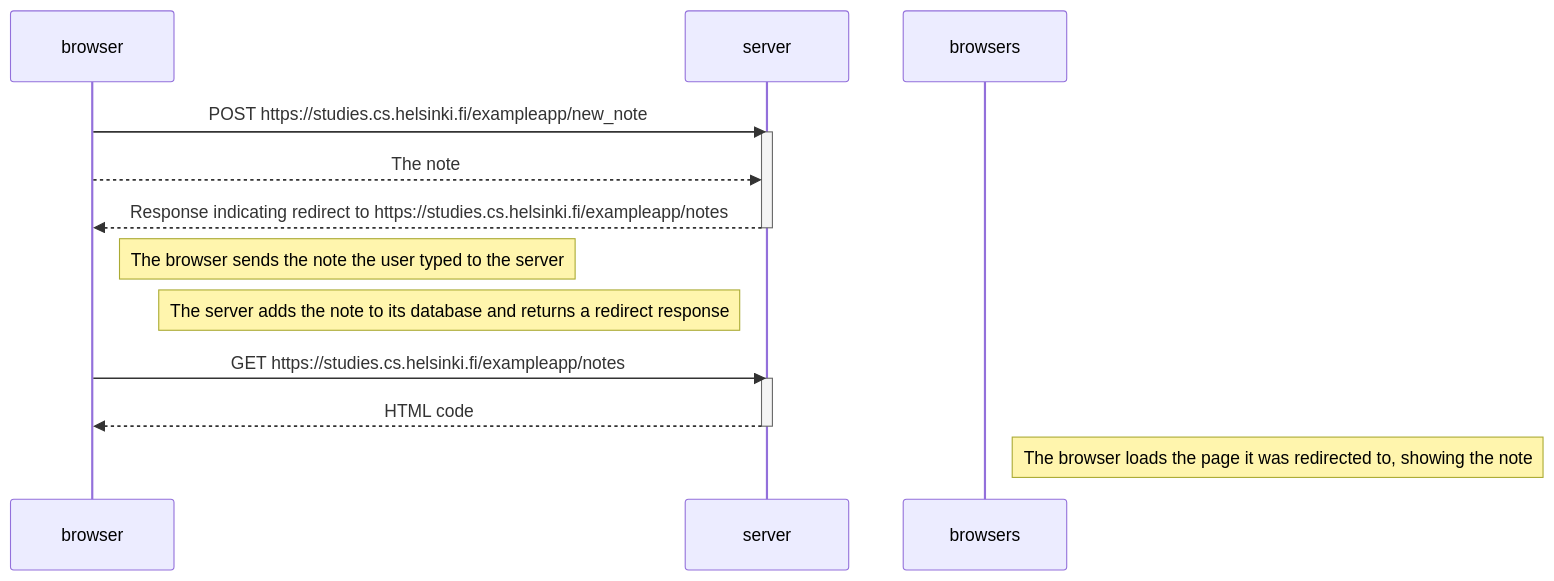
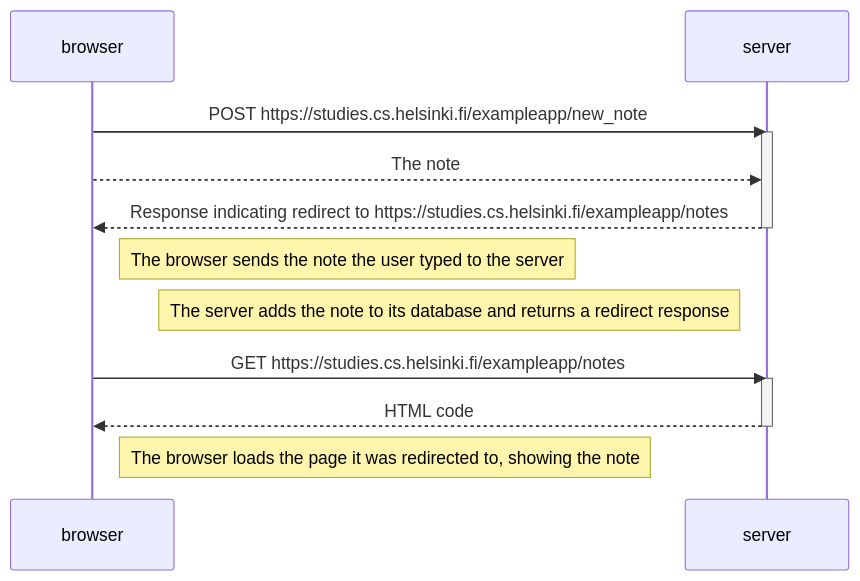
One commit to afokou/fullstack-3 changed the diagram in part0/04/diagram.md. Above: the diagram before and after it, drawn with Mermaid.

Commit message:
Fix typo in diagram

````diff
--- a/part0/04/diagram.md
+++ b/part0/04/diagram.md
@@ -3,21 +3,21 @@
 ```mermaid
 sequenceDiagram
 participant browser
 participant server
 
     browser->>server: POST https://studies.cs.helsinki.fi/exampleapp/new_note
     activate server
     browser-->>server: The note
     server-->>browser: Response indicating redirect to https://studies.cs.helsinki.fi/exampleapp/notes
     deactivate server
     
     Note right of browser: The browser sends the note the user typed to the server
     Note left of server: The server adds the note to its database and returns a redirect response
 
     browser->>server: GET https://studies.cs.helsinki.fi/exampleapp/notes
     activate server
     server-->>browser: HTML code
     deactivate server
     
-    Note right of browsers: The browser loads the page it was redirected to, showing the note
+    Note right of browser: The browser loads the page it was redirected to, showing the note
 ```
````
